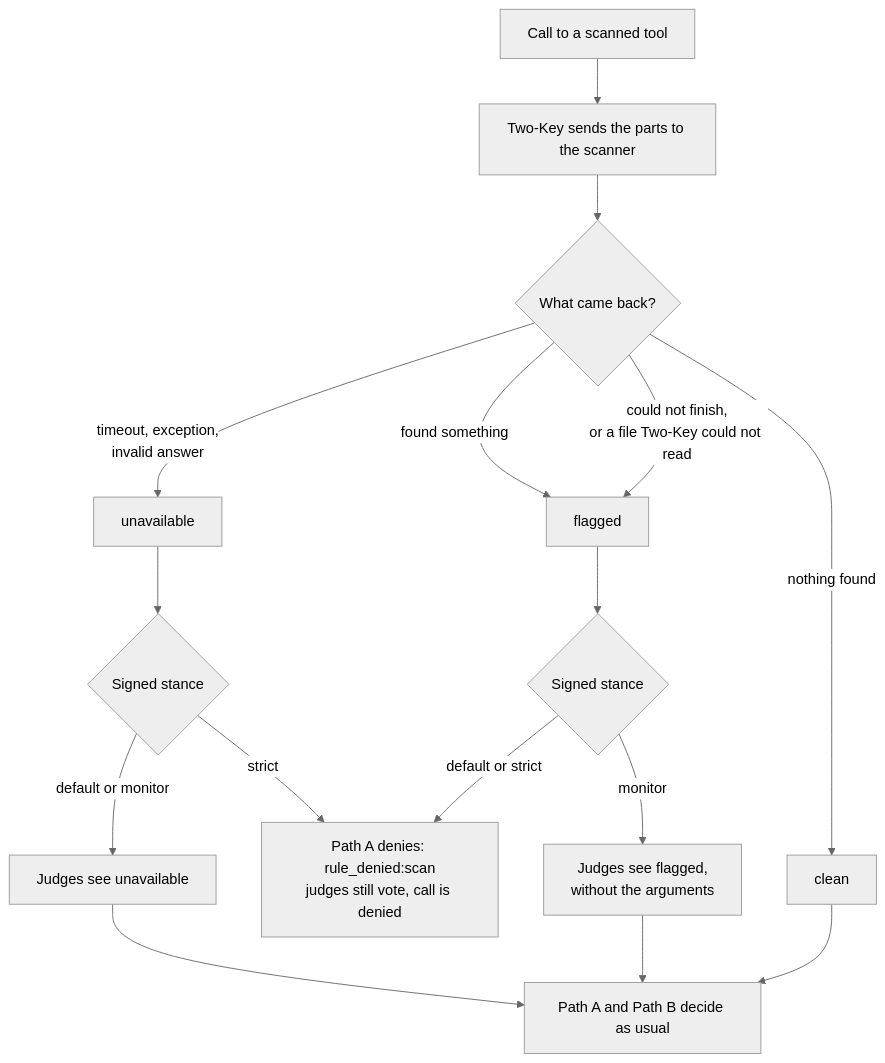
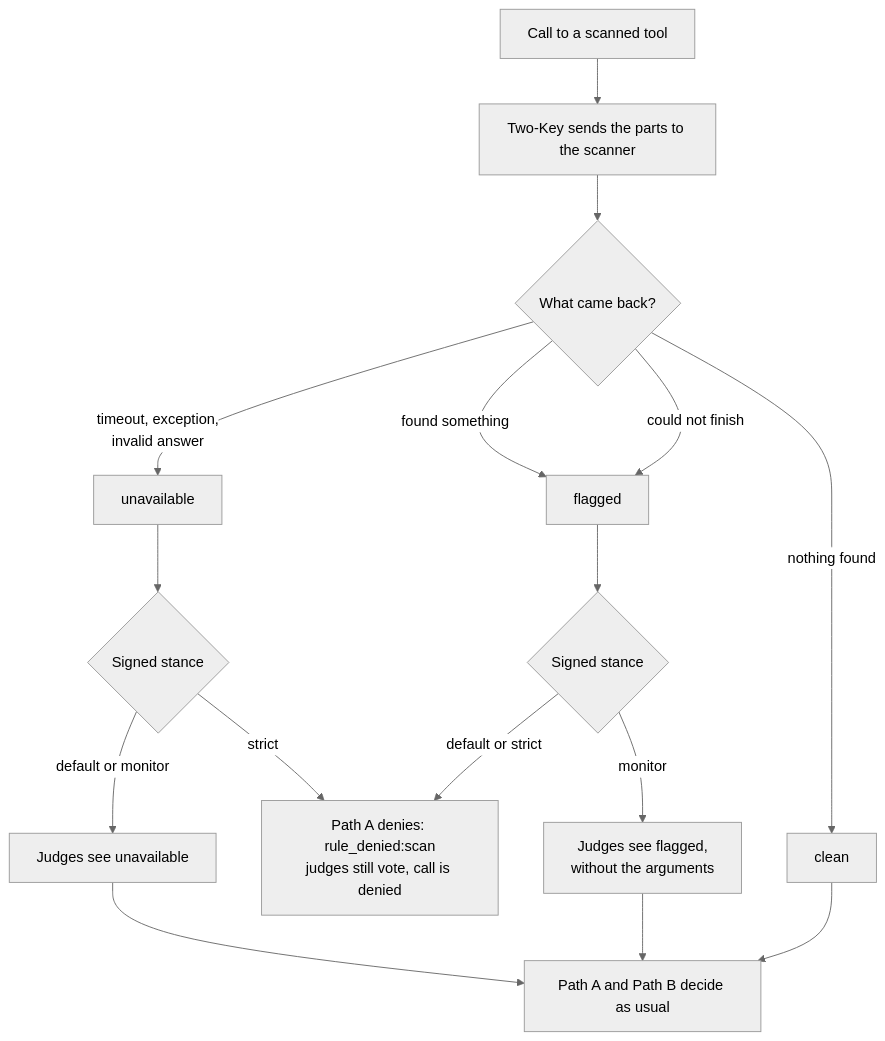
One commit to Insomniac-VibeLabs/two-key changed the third of 5 diagrams in docs/SCANNERS.md. Above: the diagram before and after it, drawn with Mermaid (neutral theme). The commit also changed other lines of this file and 18 other files, not shown here.

````diff
--- a/docs/SCANNERS.md
+++ b/docs/SCANNERS.md
@@ -205,18 +243,18 @@
 ```mermaid
 flowchart TD
   call["Call to a scanned tool"] --> scan["Two-Key sends the parts to the scanner"]
   scan --> answer{"What came back?"}
   answer -->|"timeout, exception,<br/>invalid answer"| unavailable["unavailable"]
-  answer -->|"could not finish,<br/>or a file Two-Key could not read"| flagged["flagged"]
+  answer -->|"could not finish"| flagged["flagged"]
   answer -->|"found something"| flagged
   answer -->|"nothing found"| clean["clean"]
   clean --> both["Path A and Path B decide as usual"]
   flagged --> fstance{"Signed stance"}
   fstance -->|"default or strict"| deny["Path A denies: rule_denied:scan<br/>judges still vote, call is denied"]
   fstance -->|"monitor"| judgesflag["Judges see flagged,<br/>without the arguments"]
   judgesflag --> both
   unavailable --> ustance{"Signed stance"}
   ustance -->|"strict"| deny
   ustance -->|"default or monitor"| judgesdown["Judges see unavailable"]
   judgesdown --> both
 ```
````
